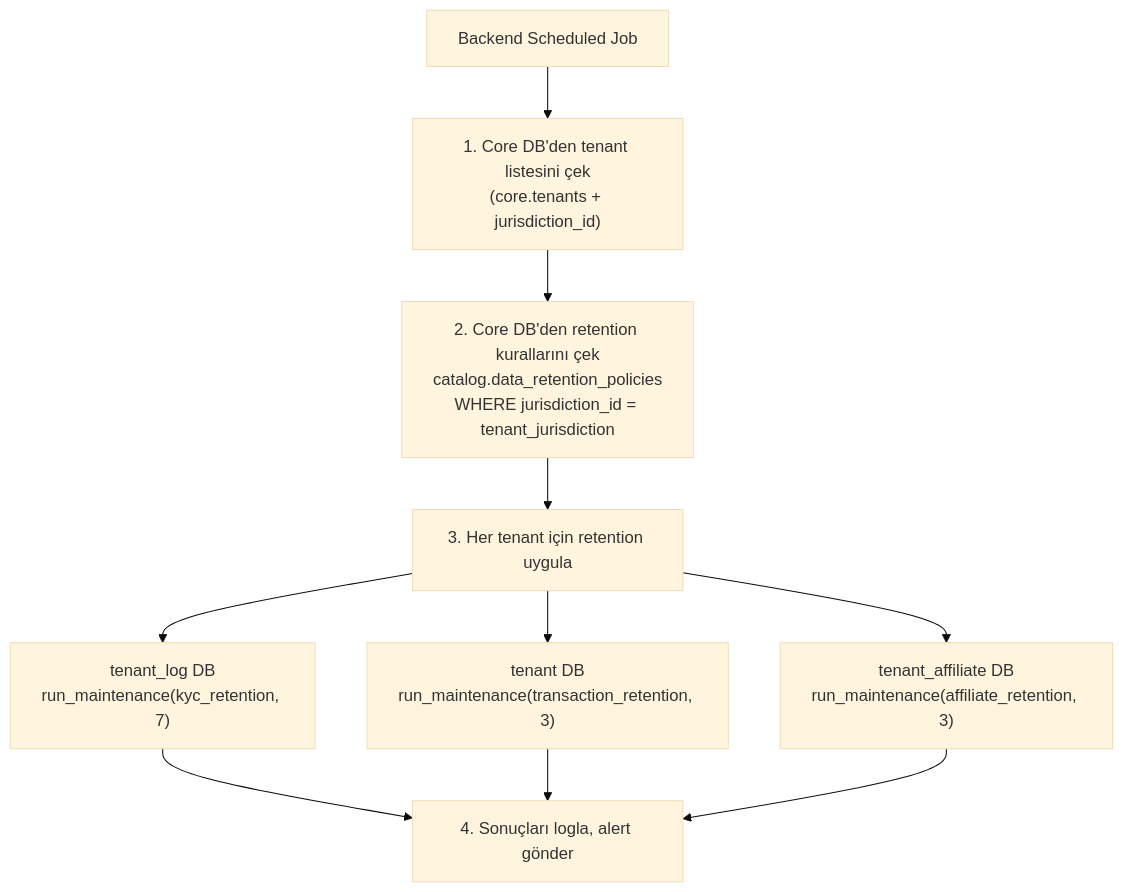
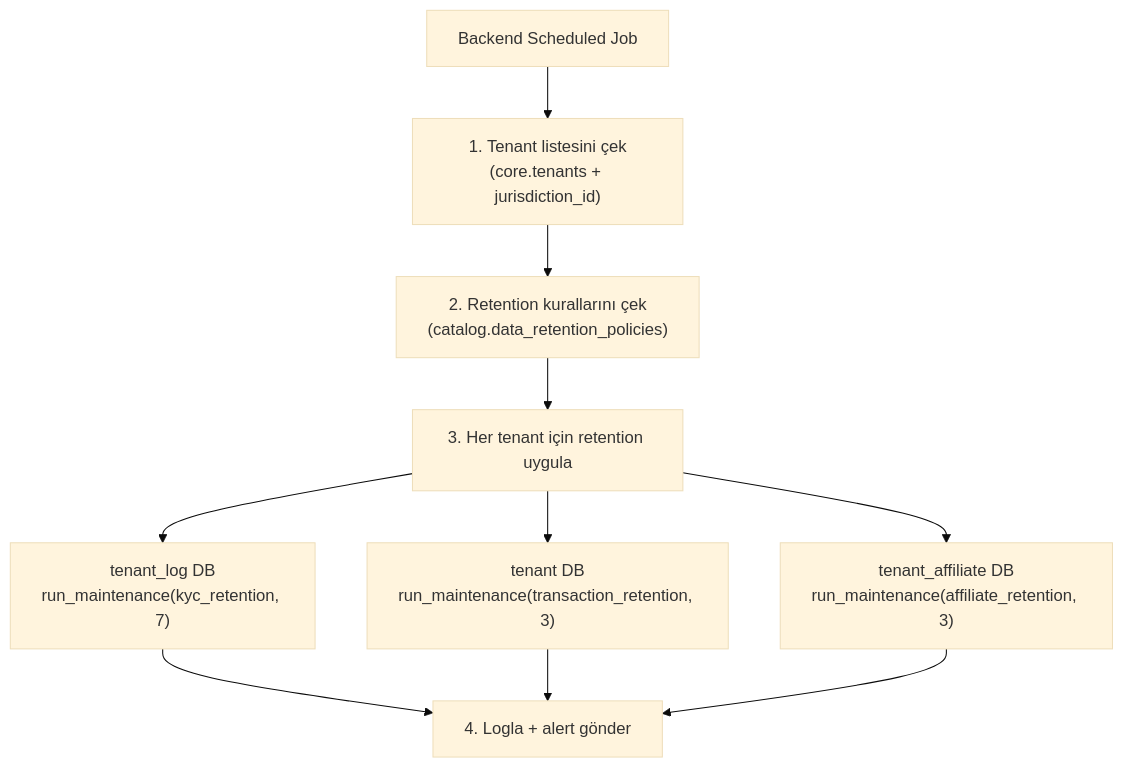
Before and after one commit to frhtshn/One.DB: the diagram in .docs/reference/PARTITION_ARCHITECTURE.md, drawn with Mermaid (base theme). The commit also changed 6 other files, not shown here.

Commit message:
docs: Update flowchart formatting for improved readability in multiple guides

````diff
--- a/.docs/reference/PARTITION_ARCHITECTURE.md
+++ b/.docs/reference/PARTITION_ARCHITECTURE.md
@@ -455,12 +455,12 @@
 ```mermaid
 flowchart TD
-    J["Backend Scheduled Job"] --> S1["1. Core DB'den tenant listesini çek\n(core.tenants + jurisdiction_id)"]
-    S1 --> S2["2. Core DB'den retention kurallarını çek\ncatalog.data_retention_policies\nWHERE jurisdiction_id = tenant_jurisdiction"]
+    J["Backend Scheduled Job"] --> S1["1. Tenant listesini çek<br/>(core.tenants + jurisdiction_id)"]
+    S1 --> S2["2. Retention kurallarını çek<br/>(catalog.data_retention_policies)"]
     S2 --> S3["3. Her tenant için retention uygula"]
-    S3 --> TL["tenant_log DB\nrun_maintenance(kyc_retention, 7)"]
-    S3 --> TD2["tenant DB\nrun_maintenance(transaction_retention, 3)"]
-    S3 --> TA["tenant_affiliate DB\nrun_maintenance(affiliate_retention, 3)"]
-    TL --> S4["4. Sonuçları logla, alert gönder"]
+    S3 --> TL["tenant_log DB<br/>run_maintenance(kyc_retention, 7)"]
+    S3 --> TD2["tenant DB<br/>run_maintenance(transaction_retention, 3)"]
+    S3 --> TA["tenant_affiliate DB<br/>run_maintenance(affiliate_retention, 3)"]
+    TL --> S4["4. Logla + alert gönder"]
     TD2 --> S4
     TA --> S4
 ```
````
